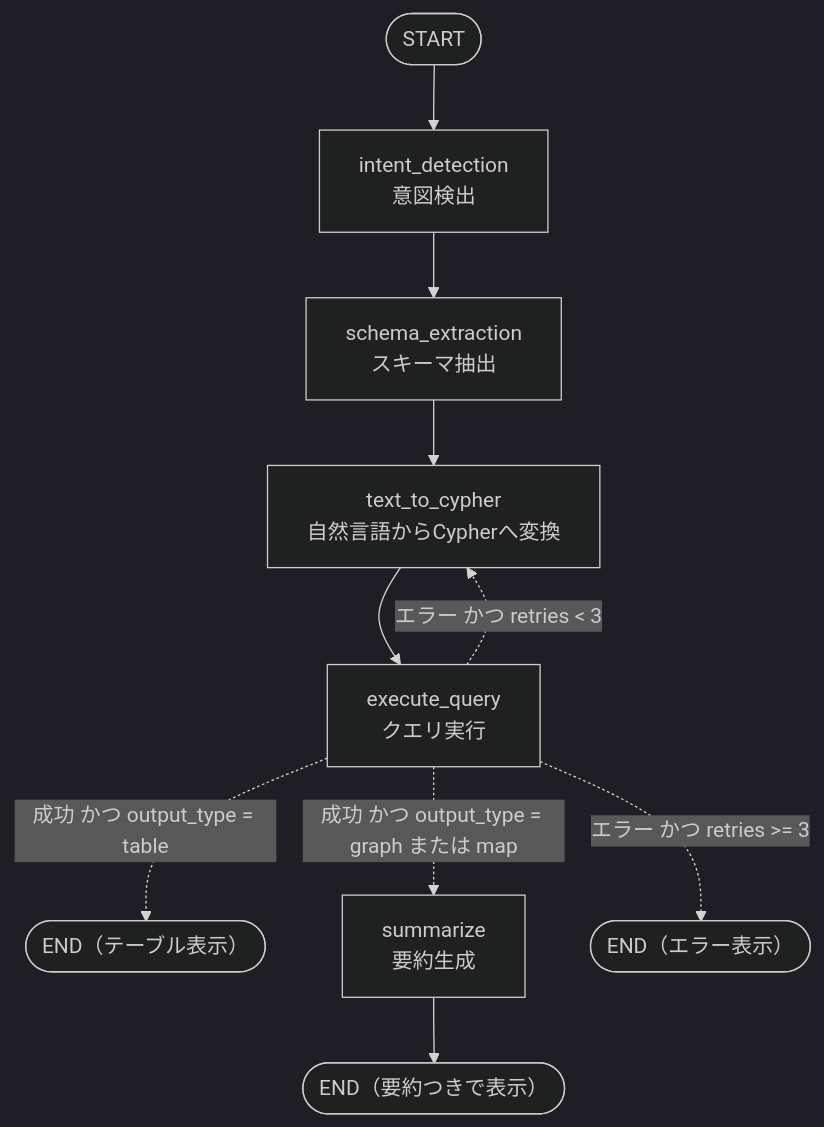
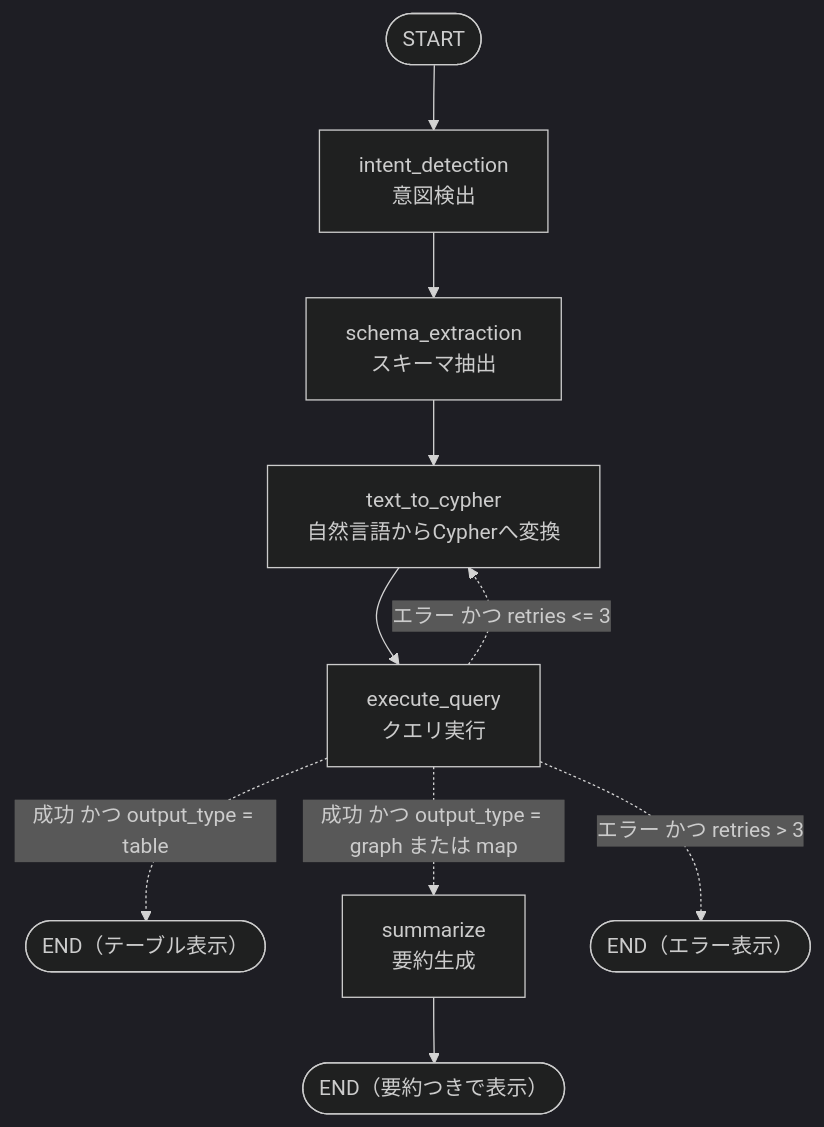
The second of 3 diagrams in Langgraph-qa-agent-guide.md (myoshi2891/Quality-Assurance-Studies), drawn with Mermaid (dark theme) before and after one commit. The commit also changed other lines of this file, not shown here.

Commit message:
docs: verify element id via graph lookup and clarify retry count in Langgraph QA agent guide

````diff
--- a/Langgraph-qa-agent-guide.md
+++ b/Langgraph-qa-agent-guide.md
@@ -90,12 +90,12 @@
 ```mermaid
 flowchart TD
     START(["START"]) --> ID["intent_detection<br/>意図検出"]
     ID --> SE["schema_extraction<br/>スキーマ抽出"]
     SE --> T2C["text_to_cypher<br/>自然言語からCypherへ変換"]
     T2C --> EX["execute_query<br/>クエリ実行"]
-    EX -.->|"エラー かつ retries < 3"| T2C
+    EX -.->|"エラー かつ retries <= 3"| T2C
     EX -.->|"成功 かつ output_type = table"| END1(["END（テーブル表示）"])
     EX -.->|"成功 かつ output_type = graph または map"| SUM["summarize<br/>要約生成"]
     SUM --> END2(["END（要約つきで表示）"])
-    EX -.->|"エラー かつ retries >= 3"| END3(["END（エラー表示）"])
+    EX -.->|"エラー かつ retries > 3"| END3(["END（エラー表示）"])
 ```
````
